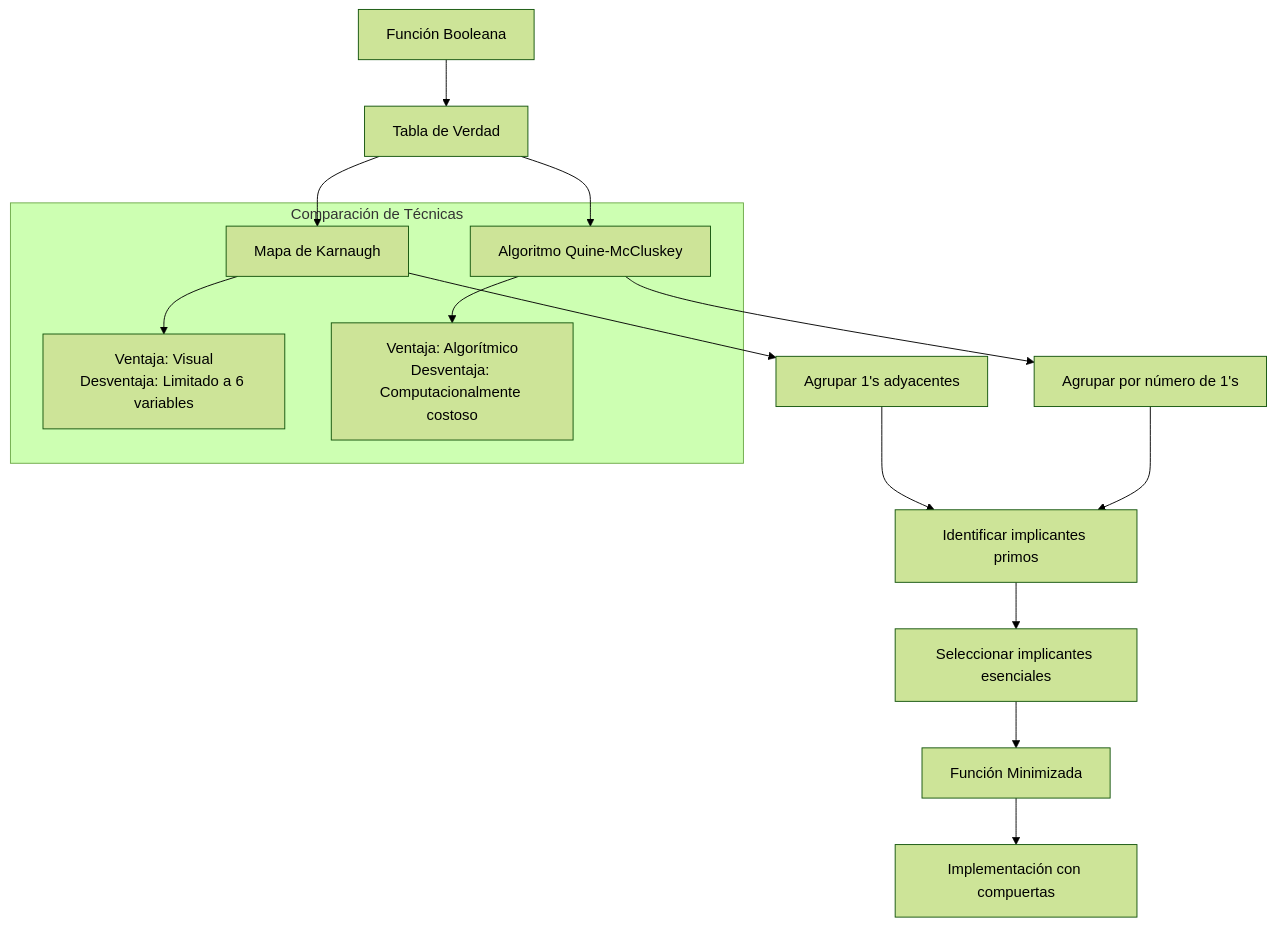
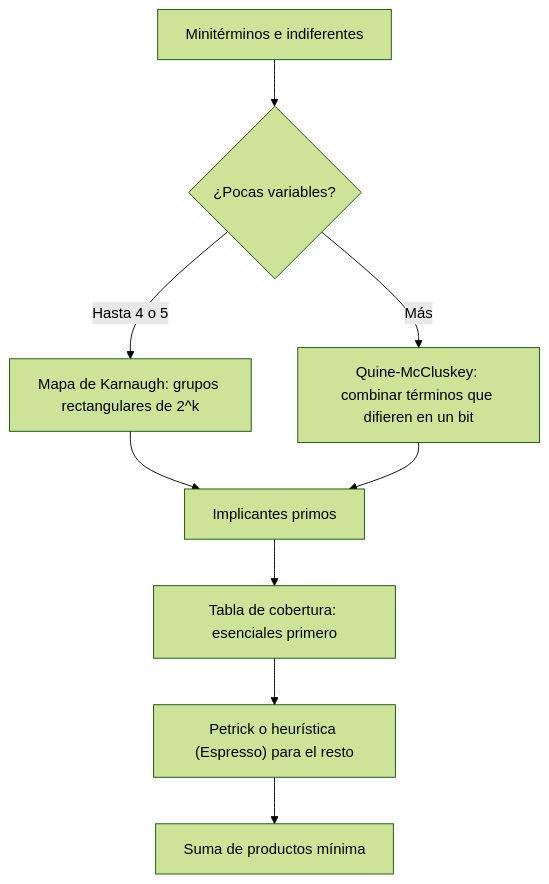
One commit to djaimej/computer-science-template changed the diagram in public/documents/semester-4/4/4433.md. Above: the diagram before and after it, drawn with Mermaid (forest theme). The commit also changed other lines of this file and 2 other files, not shown here.

````diff
--- a/public/documents/semester-4/4/4433.md
+++ b/public/documents/semester-4/4/4433.md
@@ -216,22 +75,11 @@
 ```mermaid
 flowchart TD
-    A[Función Booleana] --> B[Tabla de Verdad]
-    B --> C[Mapa de Karnaugh]
-    B --> D[Algoritmo Quine-McCluskey]
-
-    C --> E[Agrupar 1's adyacentes]
-    D --> F[Agrupar por número de 1's]
-
-    E --> G[Identificar implicantes primos]
-    F --> G
-
-    G --> H[Seleccionar implicantes esenciales]
-    H --> I[Función Minimizada]
-
-    I --> J[Implementación con compuertas]
-
-    subgraph "Comparación de Técnicas"
-        C --> K[Ventaja: Visual<br>Desventaja: Limitado a 6 variables]
-        D --> L[Ventaja: Algorítmico<br>Desventaja: Computacionalmente costoso]
-    end
+    A["Minitérminos e indiferentes"] --> B{"¿Pocas variables?"}
+    B -->|"Hasta 4 o 5"| C["Mapa de Karnaugh: grupos rectangulares de 2^k"]
+    B -->|"Más"| D["Quine-McCluskey: combinar términos que difieren en un bit"]
+    C --> E["Implicantes primos"]
+    D --> E
+    E --> F["Tabla de cobertura: esenciales primero"]
+    F --> G["Petrick o heurística (Espresso) para el resto"]
+    G --> H["Suma de productos mínima"]
 ```
````
